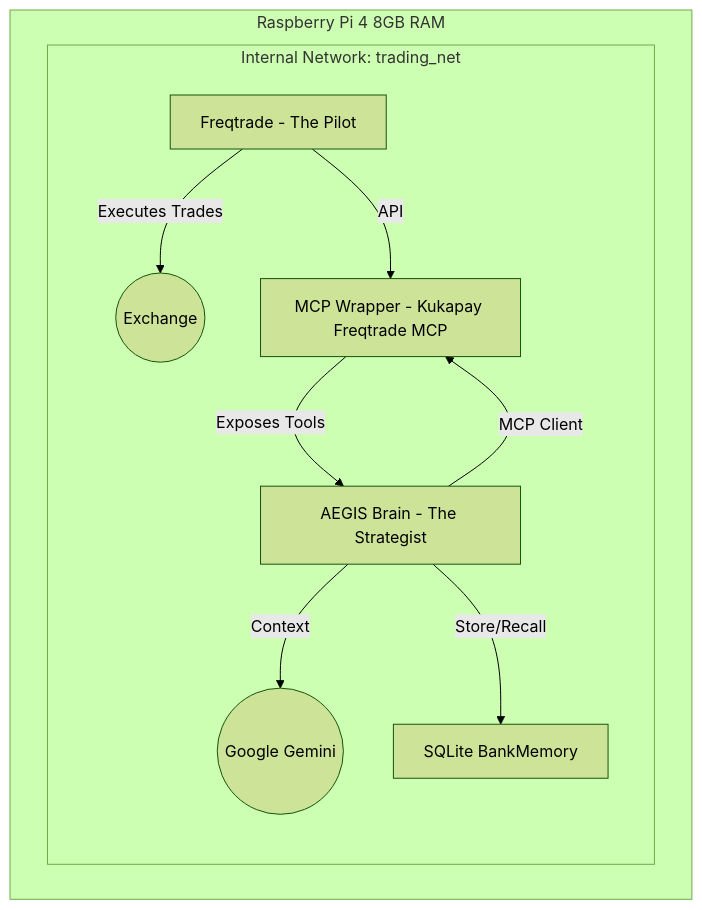
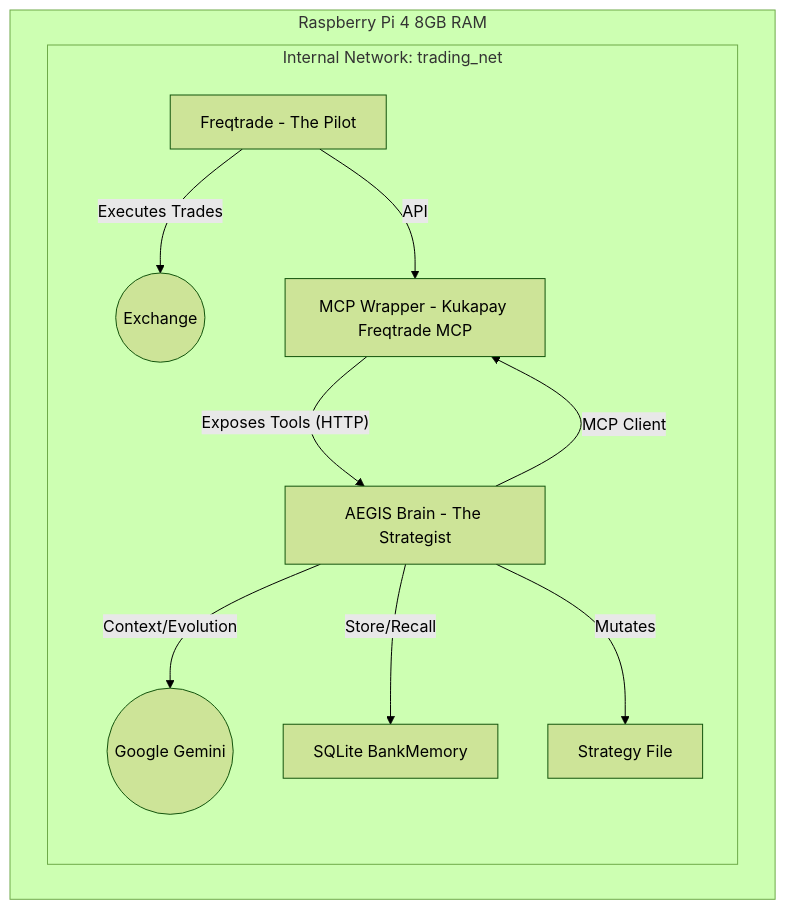
Before and after one commit to Fernando1612/project_aegis: the diagram in README.md, drawn with Mermaid (forest theme). The commit also changed other lines of this file, not shown here.

````diff
--- a/README.md
+++ b/README.md
@@ -9,13 +9,14 @@
 ```mermaid
 graph TD
     subgraph Hardware [Raspberry Pi 4 8GB RAM]
         subgraph Docker_Network [Internal Network: trading_net]
             Pilot[Freqtrade - The Pilot] -- "Executes Trades" --> Exchange((Exchange))
             Pilot -- "API" --> Bridge
-            Bridge[MCP Wrapper - Kukapay Freqtrade MCP] -- "Exposes Tools" --> Strategist
+            Bridge[MCP Wrapper - Kukapay Freqtrade MCP] -- "Exposes Tools (HTTP)" --> Strategist
             Strategist[AEGIS Brain - The Strategist] -- "MCP Client" --> Bridge
-            Strategist -- "Context" --> Gemini((Google Gemini))
+            Strategist -- "Context/Evolution" --> Gemini((Google Gemini))
             Strategist -- "Store/Recall" --> Memory[SQLite BankMemory]
+            Strategist -- "Mutates" --> PilotStrategy[Strategy File]
         end
     end
 ```
````
